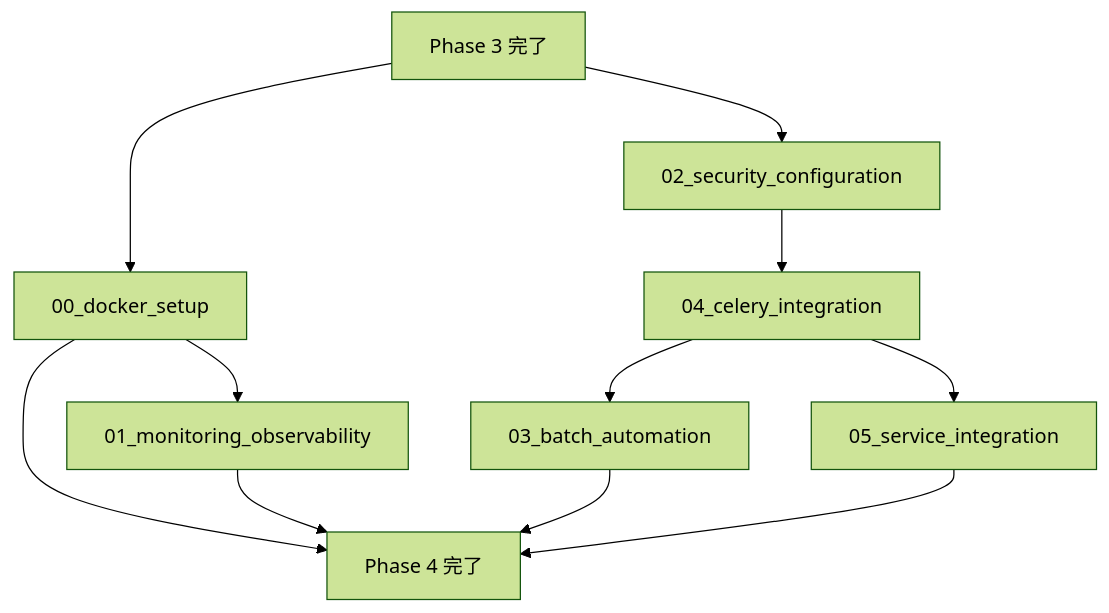
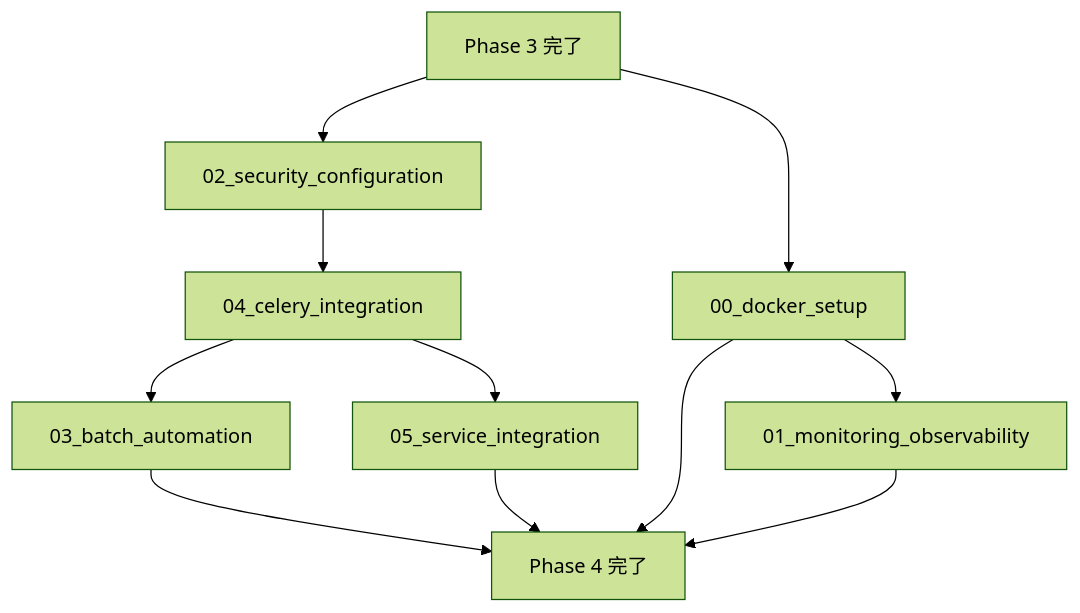
One commit to tsuji-tomonori/ref-net changed the diagram in docs/tasks/phase_04/README.md. Above: the diagram before and after it, drawn with Mermaid (forest theme).

Commit message:
fix(docs): Phase 4実行順序図の依存関係を修正
- セキュリティ設定→Celery統合→バッチ自動化→サービス統合の順序を明確化
- Docker設定とモニタリングを独立したパスとして分離
- 2つのパスが最終的にPhase 4完了に収束するよう修正

🤖 Generated with [Claude Code](https://claude.ai/code)

````diff
--- a/docs/tasks/phase_04/README.md
+++ b/docs/tasks/phase_04/README.md
@@ -28,13 +28,15 @@
 ```mermaid
 graph TD
-    A[Phase 3 完了] --> B[00_docker_setup]
-    A --> C[02_security_configuration]
-    B --> D[01_monitoring_observability]
+    A[Phase 3 完了] --> C[02_security_configuration]
     C --> E[04_celery_integration]
     E --> F[03_batch_automation]
     E --> G[05_service_integration]
-    B --> H[Phase 4 完了]
+
+    A --> B[00_docker_setup]
+    B --> D[01_monitoring_observability]
+
+    F --> H[Phase 4 完了]
+    G --> H
+    B --> H
     D --> H
-    F --> H
-    G --> H
 ```
````
